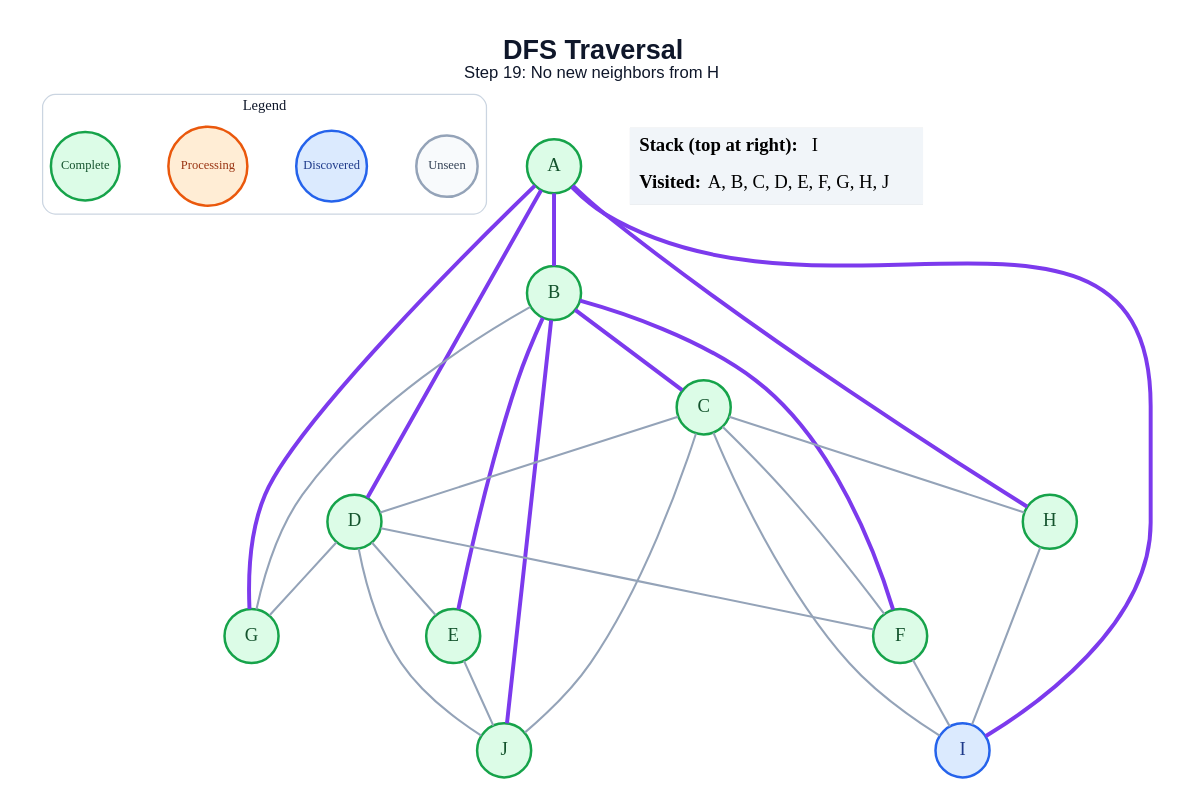
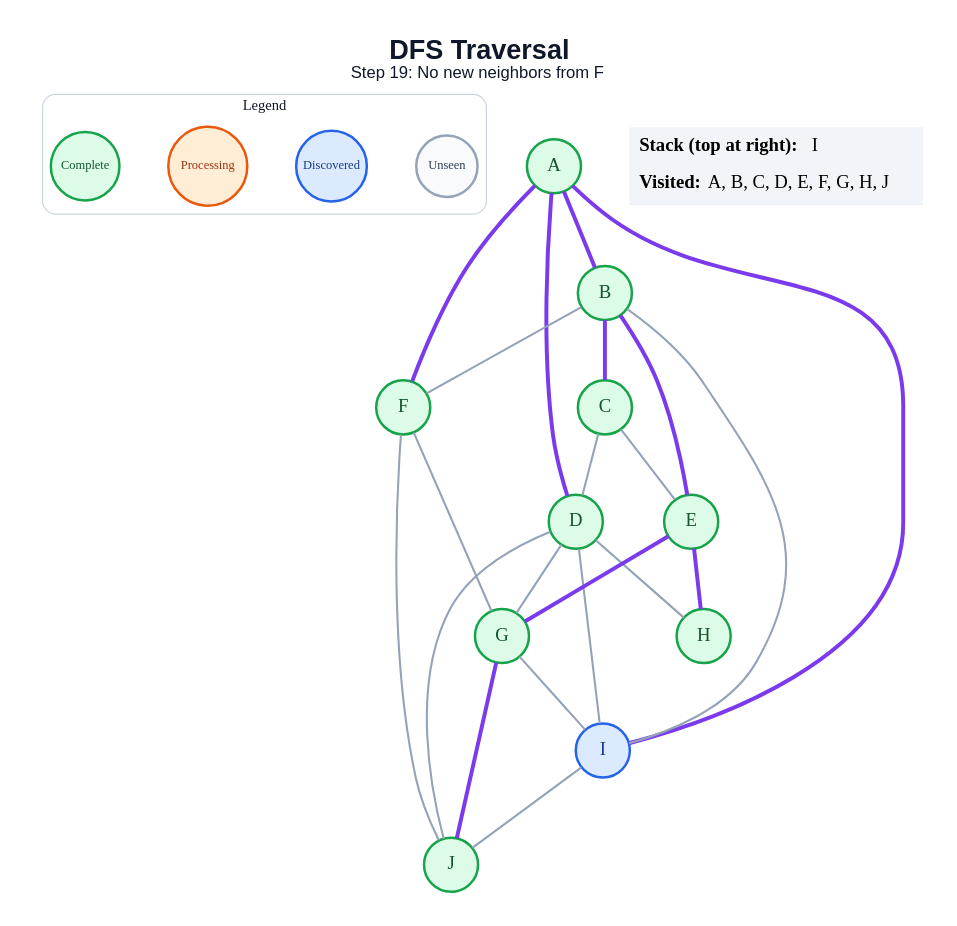
The diagram in generated/dfs/step_19.dot (amanghodawala9/ai-slop), drawn with Graphviz before and after one commit. The commit also changed 178 other files, not shown here.

```diff
--- a/generated/dfs/step_19.dot
+++ b/generated/dfs/step_19.dot
@@ -1,51 +1,50 @@
 graph traversal {
   graph [layout=dot, rankdir=TB, bgcolor="#FFFFFF", pad="0.35", nodesep="0.65", ranksep="0.8", fontname="Arial"];
   node [shape=circle, style="filled", fontname="Arial Bold", fontsize=18, width=0.72, fixedsize=true, penwidth=2.4];
   edge [color="#94A3B8", penwidth=2.0];
-  label=<<B>DFS Traversal</B><BR/><FONT POINT-SIZE="16">Step 19: No new neighbors from H</FONT>>; labelloc="t"; fontsize=26; fontname="Arial"; fontcolor="#0F172A";
+  label=<<B>DFS Traversal</B><BR/><FONT POINT-SIZE="16">Step 19: No new neighbors from F</FONT>>; labelloc="t"; fontsize=26; fontname="Arial"; fontcolor="#0F172A";
   subgraph cluster_legend { label="Legend"; color="#CBD5E1"; penwidth=1.2; style="rounded"; fontsize=14; fontname="Arial Bold";
     key_unseen [label="Unseen", fillcolor="#F8FAFC", color="#94A3B8", fontcolor="#334155", fontsize=12, width=0.82];
     key_frontier [label="Discovered", fillcolor="#DBEAFE", color="#2563EB", fontcolor="#1E3A8A", fontsize=12, width=0.95];
     key_current [label="Processing", fillcolor="#FFEDD5", color="#EA580C", fontcolor="#9A3412", fontsize=12, width=1.05];
     key_done [label="Complete", fillcolor="#DCFCE7", color="#16A34A", fontcolor="#14532D", fontsize=12, width=0.92];
     { rank=same; key_unseen; key_frontier; key_current; key_done; }
   }
   A [fillcolor="#DCFCE7", color="#16A34A", fontcolor="#14532D"];
   B [fillcolor="#DCFCE7", color="#16A34A", fontcolor="#14532D"];
   C [fillcolor="#DCFCE7", color="#16A34A", fontcolor="#14532D"];
   D [fillcolor="#DCFCE7", color="#16A34A", fontcolor="#14532D"];
   E [fillcolor="#DCFCE7", color="#16A34A", fontcolor="#14532D"];
   F [fillcolor="#DCFCE7", color="#16A34A", fontcolor="#14532D"];
   G [fillcolor="#DCFCE7", color="#16A34A", fontcolor="#14532D"];
   H [fillcolor="#DCFCE7", color="#16A34A", fontcolor="#14532D"];
   I [fillcolor="#DBEAFE", color="#2563EB", fontcolor="#1E3A8A"];
   J [fillcolor="#DCFCE7", color="#16A34A", fontcolor="#14532D"];
   A -- B [color="#7C3AED", penwidth=3.8];
   A -- D [color="#7C3AED", penwidth=3.8];
-  A -- G [color="#7C3AED", penwidth=3.8];
-  A -- H [color="#7C3AED", penwidth=3.8];
+  A -- F [color="#7C3AED", penwidth=3.8];
   A -- I [color="#7C3AED", penwidth=3.8];
   B -- C [color="#7C3AED", penwidth=3.8];
   B -- E [color="#7C3AED", penwidth=3.8];
-  B -- F [color="#7C3AED", penwidth=3.8];
-  B -- G;
-  B -- J [color="#7C3AED", penwidth=3.8];
+  B -- F;
+  B -- I;
   C -- D;
-  C -- F;
-  C -- H;
-  C -- I;
-  C -- J;
-  D -- E;
-  D -- F;
+  C -- E;
   D -- G;
+  D -- H;
+  D -- I;
   D -- J;
-  E -- J;
-  F -- I;
-  H -- I;
+  E -- G [color="#7C3AED", penwidth=3.8];
+  E -- H [color="#7C3AED", penwidth=3.8];
+  F -- G;
+  F -- J;
+  G -- I;
+  G -- J [color="#7C3AED", penwidth=3.8];
+  I -- J;
   status [shape=plain, fixedsize=false, width=0, height=0, margin=0, label=<
     <TABLE BORDER="0" CELLBORDER="0" CELLPADDING="7" BGCOLOR="#F1F5F9">
       <TR><TD ALIGN="LEFT"><B>Stack (top at right):</B> I</TD></TR>
       <TR><TD ALIGN="LEFT"><B>Visited:</B> A, B, C, D, E, F, G, H, J</TD></TR>
     </TABLE>
   >];
 }
```
